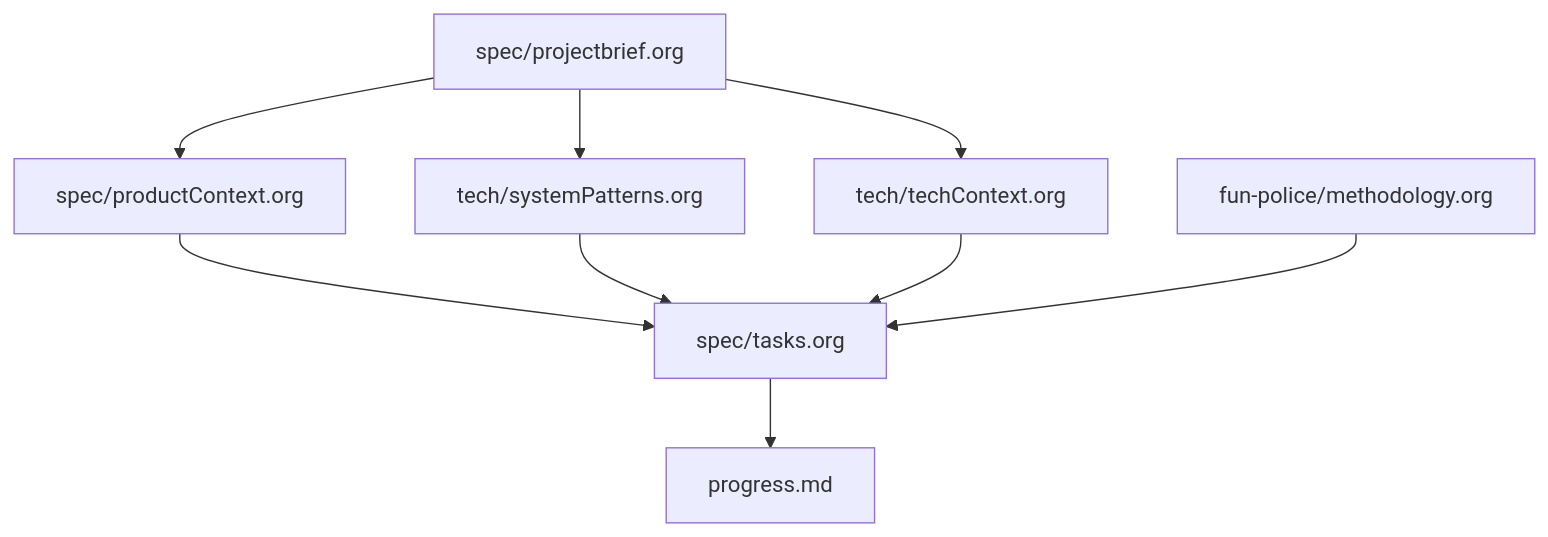
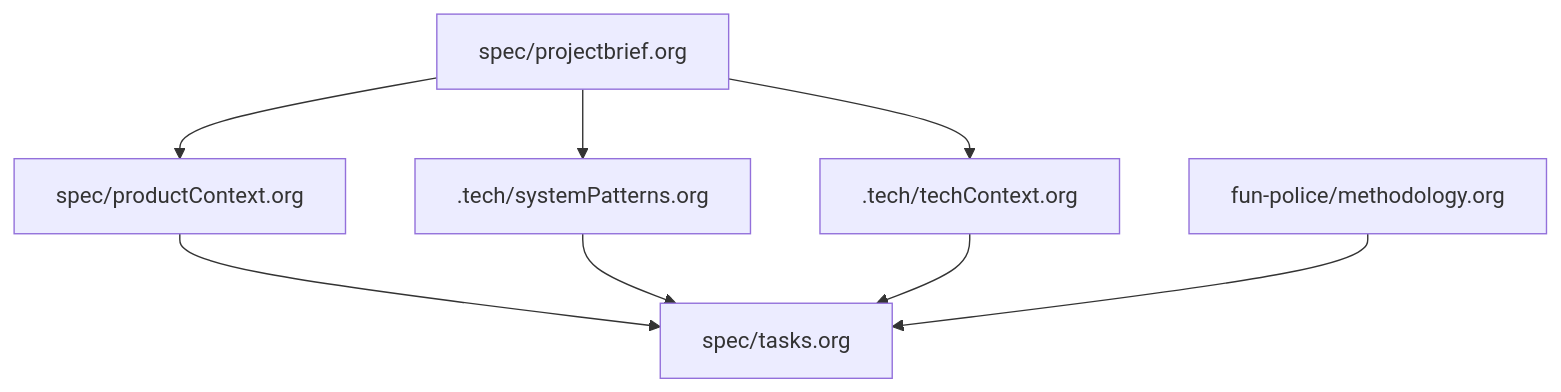
Before and after one commit to monkeypants/fun-police: the first of 6 diagrams in instructions.org, drawn with Mermaid. The commit also changed other lines of this file and 3 other files, not shown here.

```diff
--- a/instructions.org
+++ b/instructions.org
@@ -16,13 +16,12 @@
 #+BEGIN_SRC mermaid
 flowchart TD
     PB[spec/projectbrief.org] --> PC[spec/productContext.org]
-    PB --> SP[tech/systemPatterns.org]
-    PB --> TC[tech/techContext.org]
+    PB --> SP[.tech/systemPatterns.org]
+    PB --> TC[.tech/techContext.org]
     
     PC --> TO[spec/tasks.org]
     SP --> TO
     TC --> TO
     
-    TO --> P[progress.md]
     M[fun-police/methodology.org] --> TO
 #+END_SRC
```
